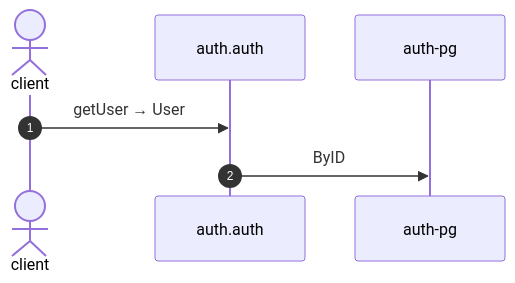
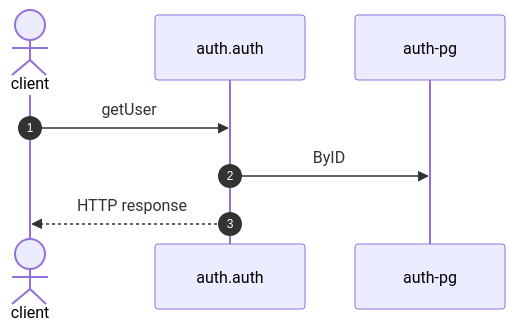
Before and after one commit to shortlink-org/portolan: the diagram in docs/example/flows/auth-get-user.md, drawn with Mermaid. The commit also changed other lines of this file and 191 other files, not shown here.

````diff
--- a/docs/example/flows/auth-get-user.md
+++ b/docs/example/flows/auth-get-user.md
@@ -21,9 +23,10 @@
 ```mermaid
 sequenceDiagram
     autonumber
     actor p0 as client
     participant p1 as auth.auth
     participant p2 as auth-pg
-    p0->>p1: getUser → User
+    p0->>p1: getUser
     p1->>p2: ByID
+    p1-->>p0: HTTP response
 ```
````
